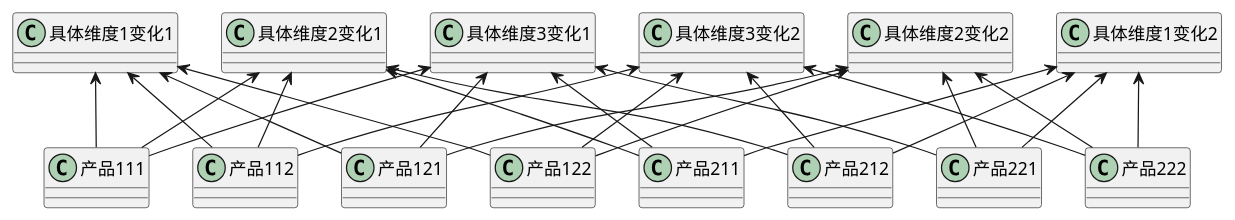
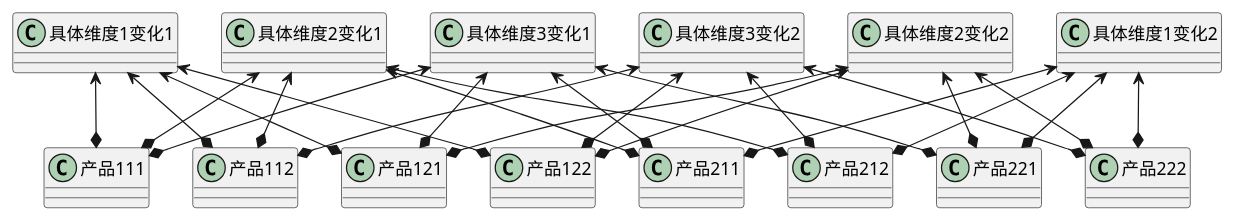
The diagram in src/main/java/com/kco/pattern/bridge/桥接模式2.puml (kco1989/examples), drawn with PlantUML before and after one commit. The commit also changed 35 other files, not shown here.

```diff
--- a/src/main/java/com/kco/pattern/bridge/桥接模式2.puml
+++ b/src/main/java/com/kco/pattern/bridge/桥接模式2.puml
@@ -1,51 +1,51 @@
 @startuml
 
 class 产品111
 class 产品112
 class 产品121
 class 产品122
 class 产品211
 class 产品212
 class 产品221
 class 产品222
 
 class 具体维度1变化1
 class 具体维度1变化2
 class 具体维度2变化1
 class 具体维度2变化2
 class 具体维度3变化1
 class 具体维度3变化2
 
-产品111 -u-> 具体维度1变化1
-产品111 -u-> 具体维度2变化1
-产品111 -u-> 具体维度3变化1
+产品111 *-u-> 具体维度1变化1
+产品111 *-u-> 具体维度2变化1
+产品111 *-u-> 具体维度3变化1
 
-产品112 -u-> 具体维度1变化1
-产品112 -u-> 具体维度2变化1
-产品112 -u-> 具体维度3变化2
+产品112 *-u-> 具体维度1变化1
+产品112 *-u-> 具体维度2变化1
+产品112 *-u-> 具体维度3变化2
 
-产品121 -u-> 具体维度1变化1
-产品121 -u-> 具体维度2变化2
-产品121 -u-> 具体维度3变化1
+产品121 *-u-> 具体维度1变化1
+产品121 *-u-> 具体维度2变化2
+产品121 *-u-> 具体维度3变化1
 
-产品122 -u-> 具体维度1变化1
-产品122 -u-> 具体维度2变化2
-产品122 -u-> 具体维度3变化2
+产品122 *-u-> 具体维度1变化1
+产品122 *-u-> 具体维度2变化2
+产品122 *-u-> 具体维度3变化2
 
-产品211 -u-> 具体维度1变化2
-产品211 -u-> 具体维度2变化1
-产品211 -u-> 具体维度3变化1
+产品211 *-u-> 具体维度1变化2
+产品211 *-u-> 具体维度2变化1
+产品211 *-u-> 具体维度3变化1
 
-产品212 -u-> 具体维度1变化2
-产品212 -u-> 具体维度2变化1
-产品212 -u-> 具体维度3变化2
+产品212 *-u-> 具体维度1变化2
+产品212 *-u-> 具体维度2变化1
+产品212 *-u-> 具体维度3变化2
 
-产品221 -u-> 具体维度1变化2
-产品221 -u-> 具体维度2变化2
-产品221 -u-> 具体维度3变化1
+产品221 *-u-> 具体维度1变化2
+产品221 *-u-> 具体维度2变化2
+产品221 *-u-> 具体维度3变化1
 
-产品222 -u-> 具体维度1变化2
-产品222 -u-> 具体维度2变化2
-产品222 -u-> 具体维度3变化2
+产品222 *-u-> 具体维度1变化2
+产品222 *-u-> 具体维度2变化2
+产品222 *-u-> 具体维度3变化2
 
 @enduml
```
